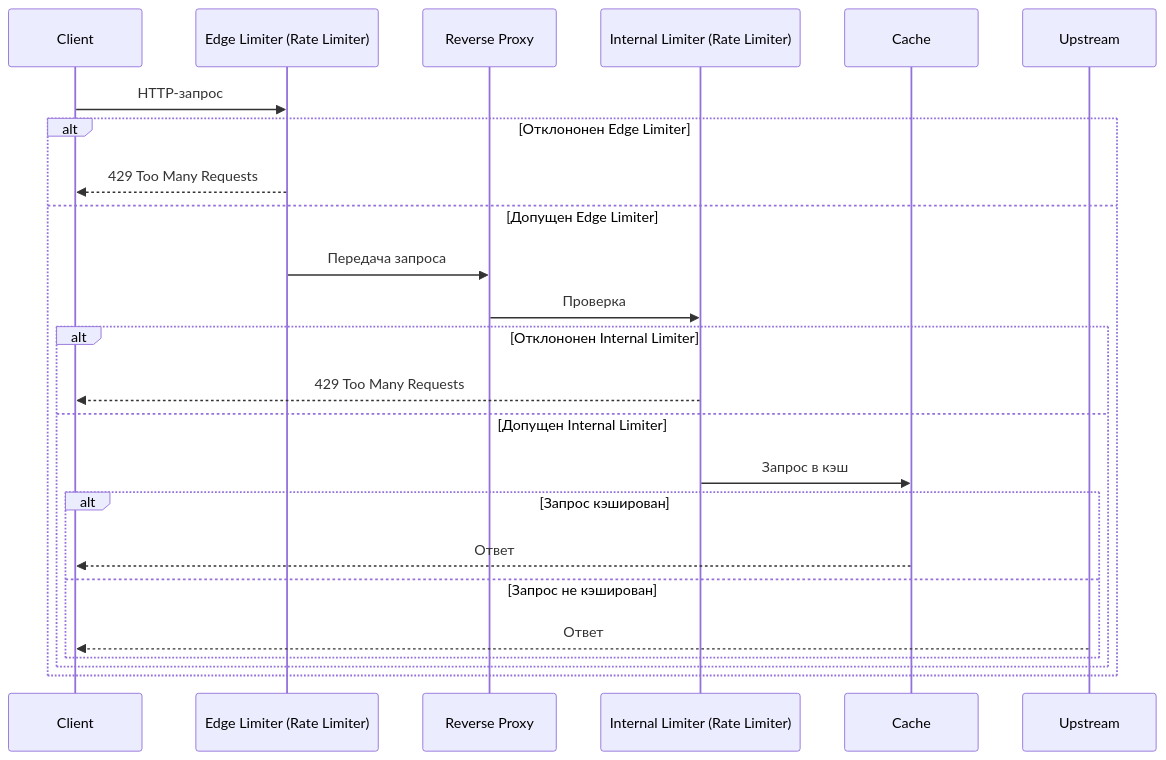
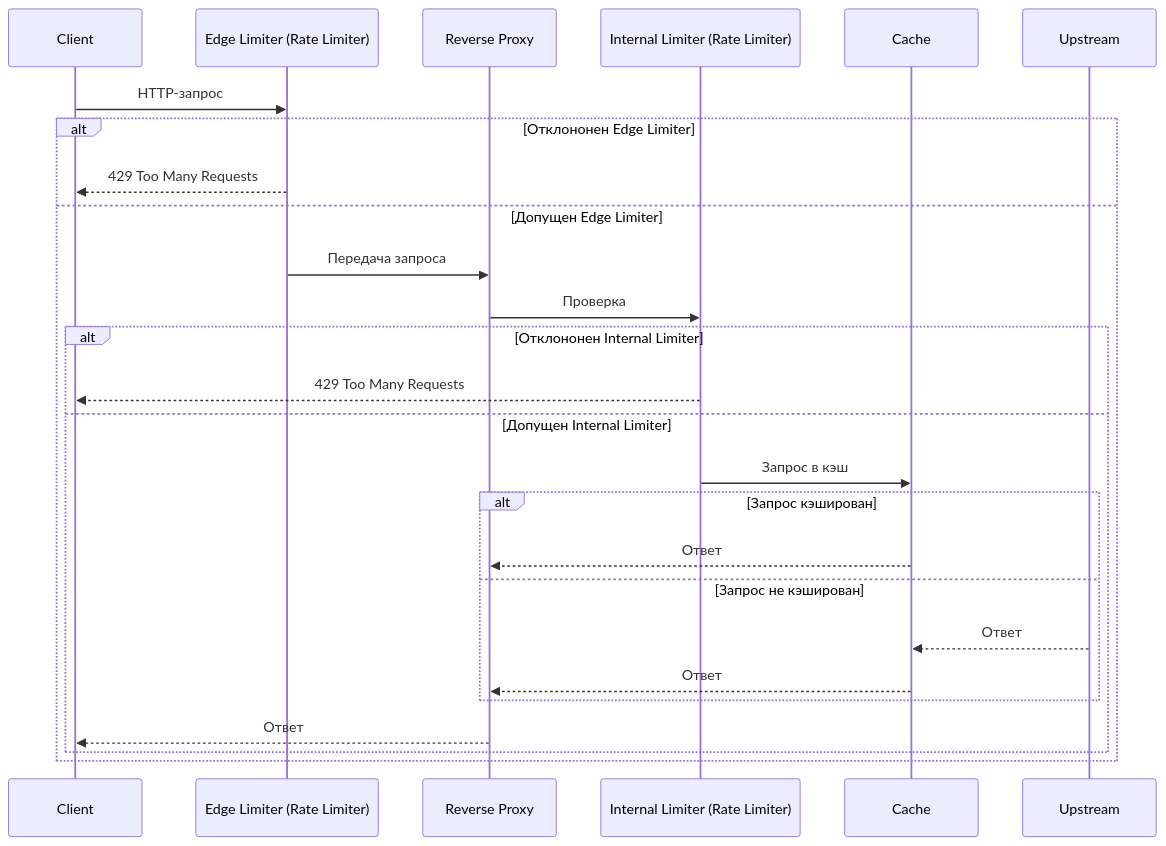
Before and after one commit to automationautomata/Gateway: the diagram in readme.md, drawn with Mermaid. The commit also changed other lines of this file and 5 other files, not shown here.

Commit message:
change caching architecture

````diff
--- a/readme.md
+++ b/readme.md
@@ -32,27 +32,29 @@
 ```mermaid
 sequenceDiagram
     participant C as Client
     participant E as Edge Limiter (Rate Limiter)
     participant R as Reverse Proxy 
     participant I as Internal Limiter (Rate Limiter)
     participant Ch as Cache
     participant U as Upstream
 
     C->>E: HTTP-запрос
     alt Отклононен Edge Limiter
         E-->>C: 429 Too Many Requests
     else Допущен Edge Limiter
         E->>R: Передача запроса
         R->>I: Проверка
         alt Отклононен Internal Limiter
             I-->>C: 429 Too Many Requests
         else Допущен Internal Limiter
             I->>Ch: Запрос в кэш
             alt Запрос кэширован
-              Ch-->>C: Ответ
+              Ch-->>R: Ответ
             else Запрос не кэширован
-              U-->>C: Ответ
+              U-->>Ch: Ответ
+              Ch-->>R: Ответ
             end
+            R-->>C: Ответ
         end
     end
 ```
````
